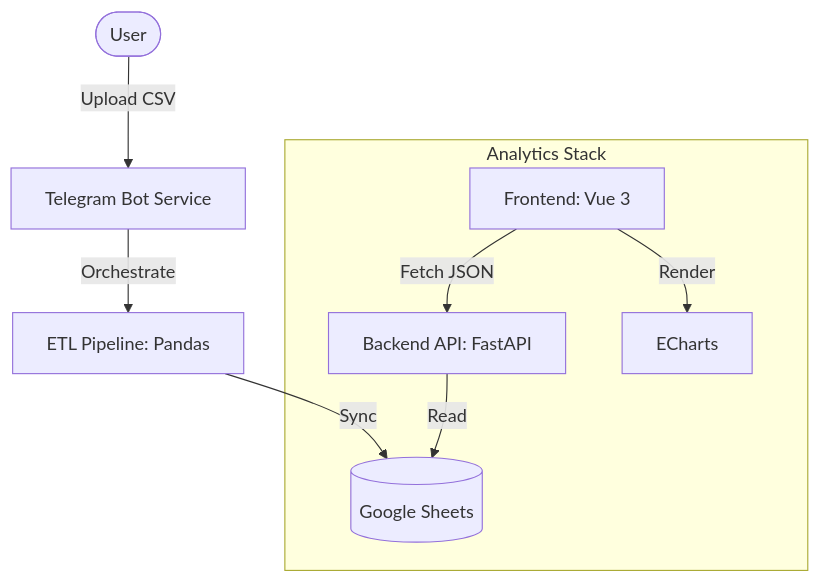
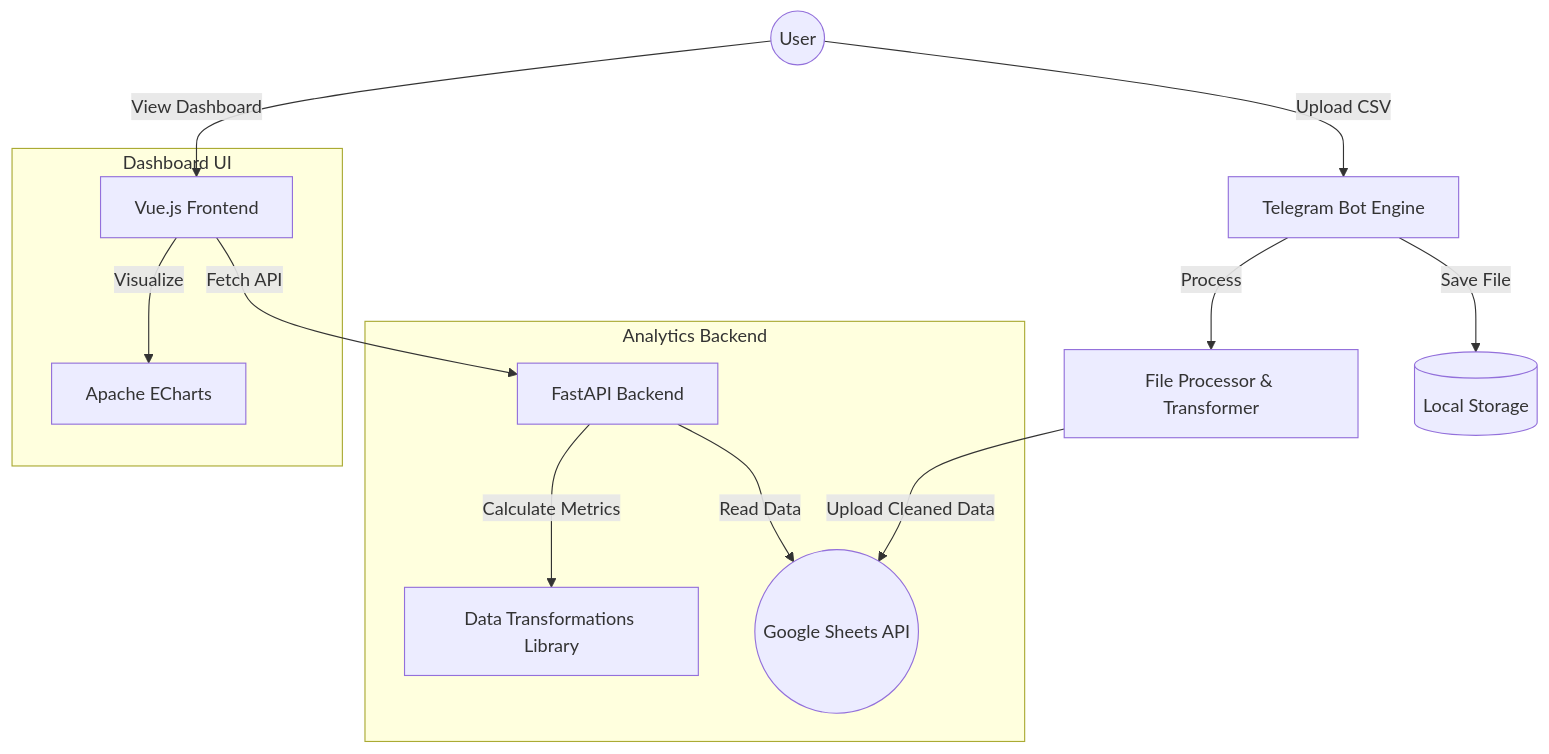
Before and after one commit to DamienBarnesAutomations/budget-tracker-analytics: the diagram in README.md, drawn with Mermaid. The commit also changed other lines of this file and 5 other files, not shown here.

````diff
--- a/README.md
+++ b/README.md
@@ -7,12 +14,19 @@
 ```mermaid
 graph TD
-    User([User]) -->|Upload CSV| TG[Telegram Bot Service]
-    TG -->|Orchestrate| ETL[ETL Pipeline: Pandas]
-    ETL -->|Sync| GS[(Google Sheets)]
+    User((User)) -->|Upload CSV| TelegramBot[Telegram Bot Engine]
+    TelegramBot -->|Save File| LocalStorage[(Local Storage)]
+    TelegramBot -->|Process| FileProcessor[File Processor & Transformer]
+    FileProcessor -->|Upload Cleaned Data| GoogleSheets((Google Sheets API))
     
-    subgraph "Analytics Stack"
-        API[Backend API: FastAPI] -->|Read| GS
-        UI[Frontend: Vue 3] -->|Fetch JSON| API
-        UI -->|Render| ECharts[ECharts]
+    subgraph Analytics Backend
+        FastAPI[FastAPI Backend] -->|Read Data| GoogleSheets
+        FastAPI -->|Calculate Metrics| Transformations[Data Transformations Library]
     end
+    
+    subgraph Dashboard UI
+        VueFrontend[Vue.js Frontend] -->|Fetch API| FastAPI
+        VueFrontend -->|Visualize| ECharts[Apache ECharts]
+    end
+    
+    User -->|View Dashboard| VueFrontend
 ```
````
